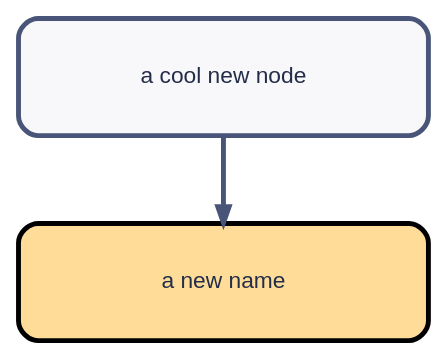
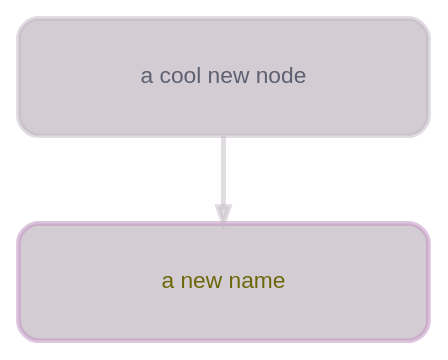
One commit to stevecooperorg/microdot changed the diagram in examples/readme_example_1.presentation.dot. Above: the diagram before and after it, drawn with Graphviz. The commit also changed 15 other files, not shown here.

```diff
--- a/examples/readme_example_1.presentation.dot
+++ b/examples/readme_example_1.presentation.dot
@@ -1,12 +1,12 @@
 digraph {
 
     graph [fontname = "helvetica" rankdir=TB ranksep=0.75 nodesep=0.5];
     node [fontname = "helvetica" style="filled,rounded" shape=box height=1 width=3.5 penwidth=3];
-    edge [fontname = "helvetica" penwidth=3 color="#485478"];
+    edge [fontname = "helvetica" penwidth=3 color="#c2bac380c3a3"];
 
-    "n0" [label="a cool new node" fillcolor="#F8F8FA" color="#485478" fontcolor="#242D48"]
-    "n1" [label="a new name" fillcolor="#FFDD99" color="CC851F" fontcolor="#242D48"]
+    "n0" [label="a cool new node" fillcolor="#c3b9c3b8c2ba" color="#c2bac380c3a3" fontcolor="#5d6071"]
+    "n1" [label="a new name" fillcolor="#c3bac3b9c2bf" color="#c396c38c0e" fontcolor="#6b6607"]
 
     "n0" -> "n1";
 
 }
```
